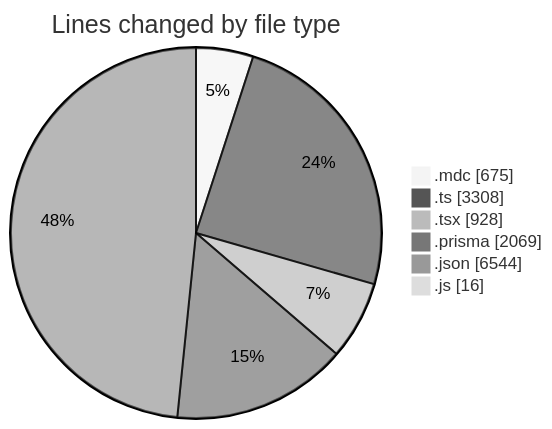
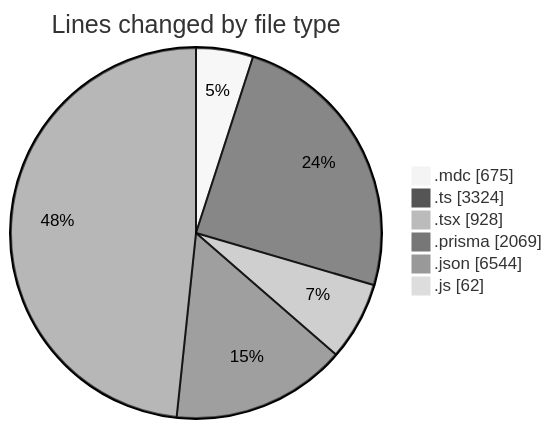
Before and after one commit to CELIANVF/code-tracking: the first of 2 diagrams in 2025-06-05/ecodeli-1/README.md, drawn with Mermaid (neutral theme). The commit also changed other lines of this file and 1 other file, not shown here.

````diff
--- a/2025-06-05/ecodeli-1/README.md
+++ b/2025-06-05/ecodeli-1/README.md
@@ -37,10 +38,10 @@
 ```mermaid
 pie showData
 title Lines changed by file type
 ".mdc" : 675
-".ts" : 3308
+".ts" : 3324
 ".tsx" : 928
 ".prisma" : 2069
 ".json" : 6544
-".js" : 16
+".js" : 62
 ```
````
